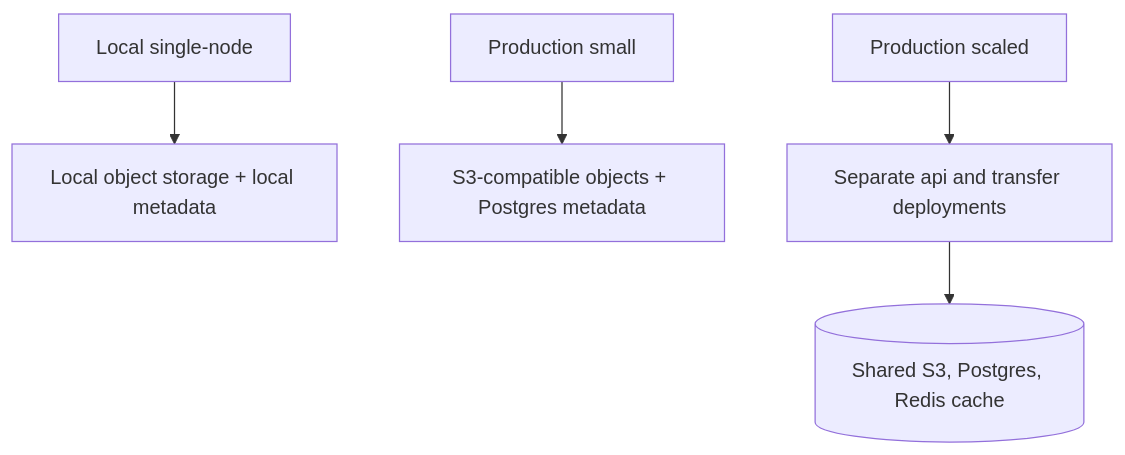
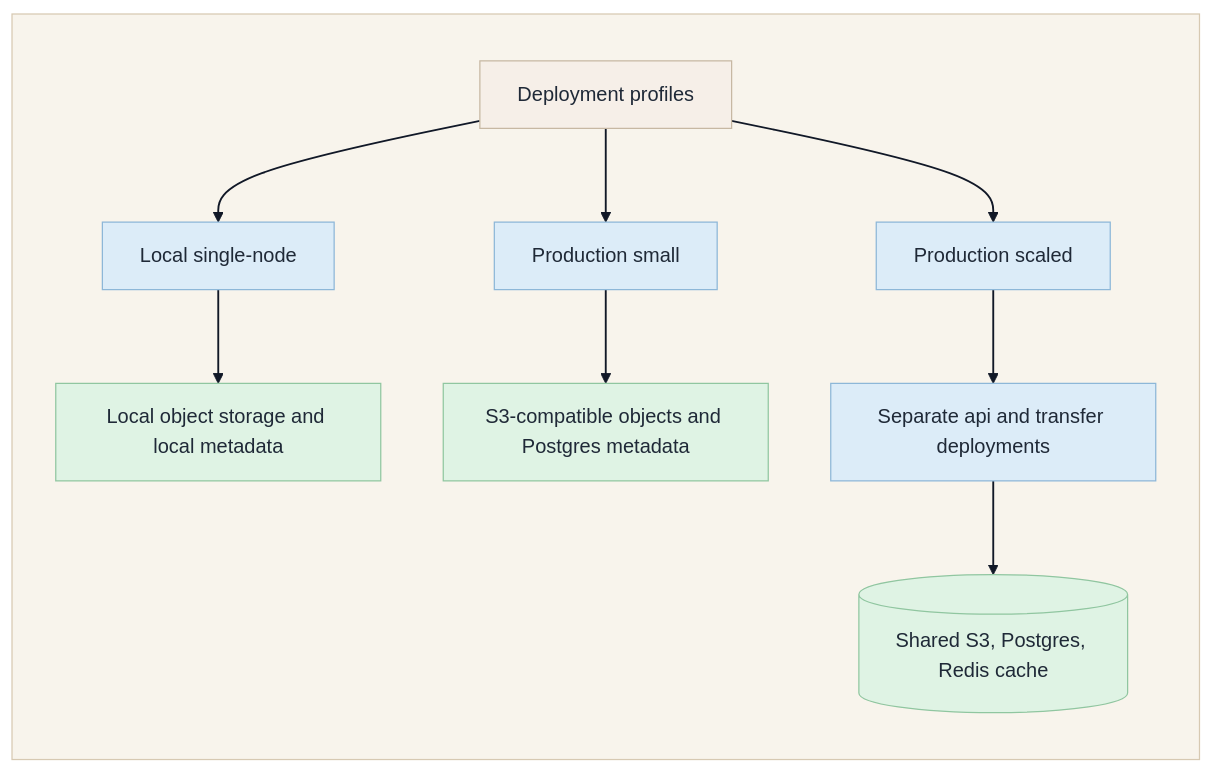
Before and after one commit to STEXS-Technologies/shardline: the second of 2 diagrams in README.md, drawn with Mermaid. The commit also changed other lines of this file and 71 other files, not shown here.

````diff
--- a/README.md
+++ b/README.md
@@ -99,7 +105,24 @@
 ```mermaid
 flowchart TD
-  Local[Local single-node] --> LocalStore[Local object storage + local metadata]
-  Small[Production small] --> SmallStore[S3-compatible objects + Postgres metadata]
-  Scaled[Production scaled] --> Split[Separate api and transfer deployments]
-  Split --> Shared[(Shared S3, Postgres, Redis cache)]
+  subgraph Canvas[ ]
+    direction TD
+    Profiles[Deployment profiles]
+    Profiles --> Local[Local single-node]
+    Profiles --> Small[Production small]
+    Profiles --> Scaled[Production scaled]
+
+    Local --> LocalStore[Local object storage and local metadata]
+    Small --> SmallStore[S3-compatible objects and Postgres metadata]
+    Scaled --> Split[Separate api and transfer deployments]
+    Split --> Shared[(Shared S3, Postgres, Redis cache)]
+  end
+
+  style Canvas fill:#f8f4ec,stroke:#d7c9b2,color:#1f2937;
+  classDef root fill:#f6efe8,stroke:#c7b8a3,color:#1f2937;
+  classDef profile fill:#dcecf8,stroke:#8db7d8,color:#1f2937;
+  classDef target fill:#dff3e4,stroke:#90c6a0,color:#1f2937;
+  class Profiles root;
+  class Local,Small,Scaled,Split profile;
+  class LocalStore,SmallStore,Shared target;
+  linkStyle default stroke:#111827,stroke-width:1.5px;
 ```
````
